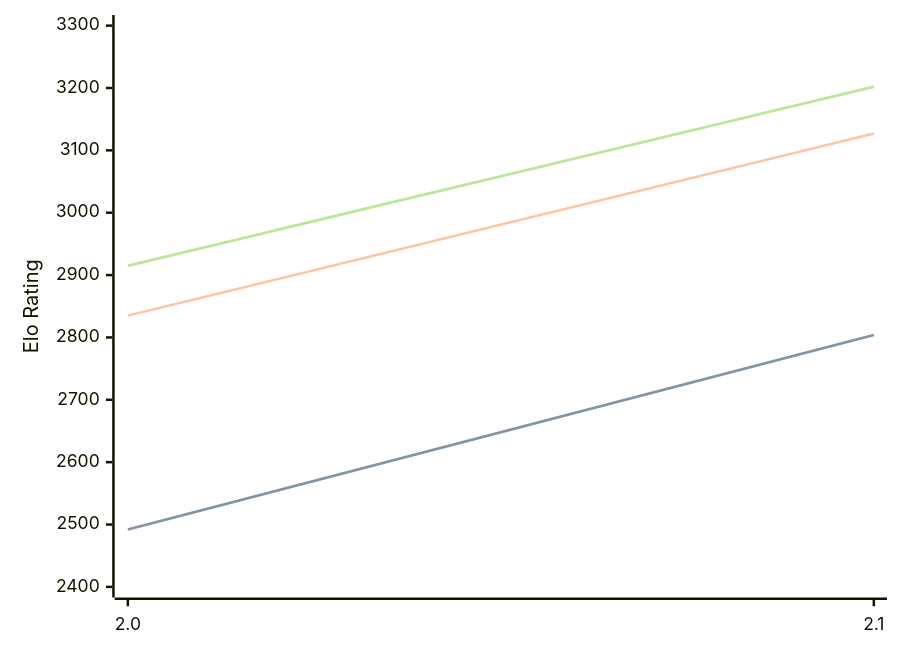
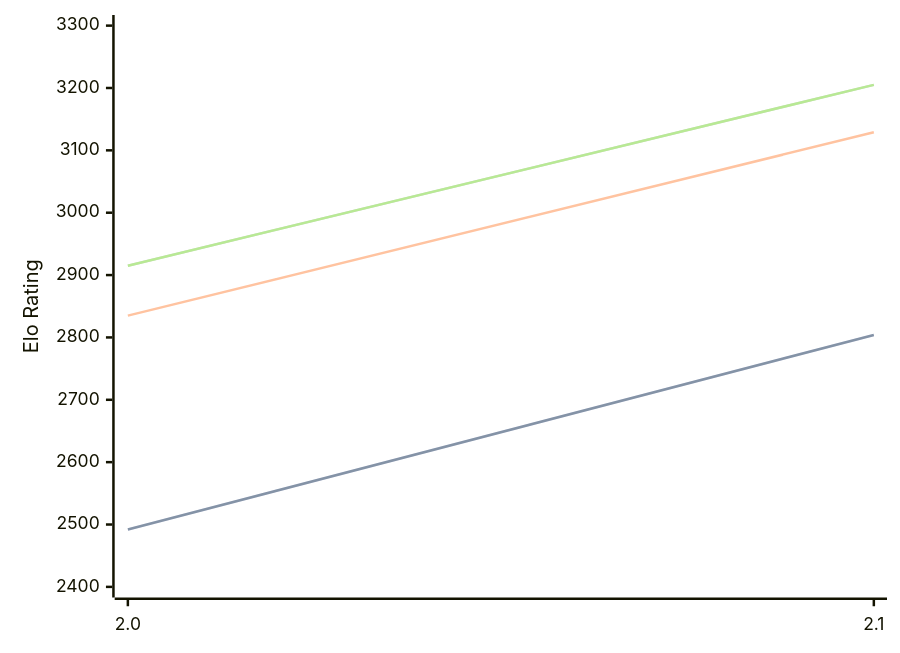
One commit to computer-chess-index/cci changed the first of 3 diagrams in engines/Tunguska.md. Above: the diagram before and after it, drawn with Mermaid. The commit also changed other lines of this file, not shown here.

Commit message:
Update CCI Ratings (ELO VLTC) - 2026-07-18

````diff
--- a/engines/Tunguska.md
+++ b/engines/Tunguska.md
@@ -32,11 +32,11 @@
 ```mermaid
 %%{init: {"theme":"base","themeVariables":{"seriesColors:['#a3a3a3','#222221','#faa371']}}}%%
 xychart-beta
   x-axis ["2.0", "2.1"]
   y-axis "Elo Rating" 2400 --> 3300
   line "STC (8.0+0.08s)" [2492, 2804]
   line "STC (8.0+0.08s)" [2492, 2804]
-  line "LTC (60.0+0.60s)" [2835, 3127]
-  line "VLTC (2m24s+1.12s)" [2915, 3202]
-  line "VLTC (2m24s+1.12s)" [2915, 3202]
+  line "LTC (60.0+0.60s)" [2835, 3129]
+  line "VLTC (2m24s+1.12s)" [2915, 3205]
+  line "VLTC (2m24s+1.12s)" [2915, 3205]
 ```
````
